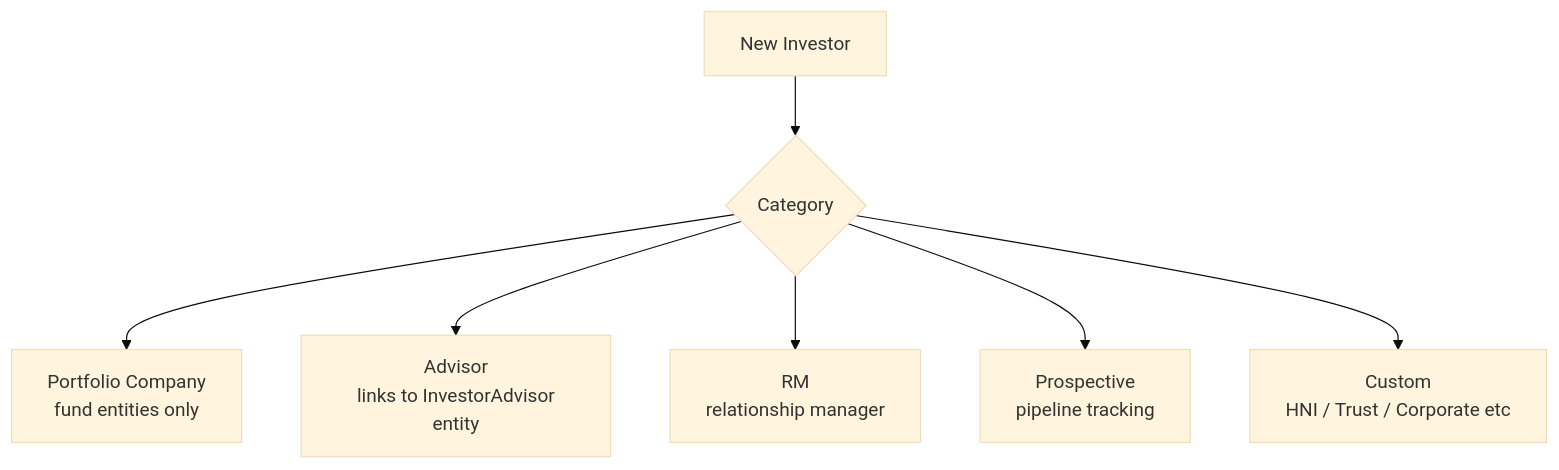
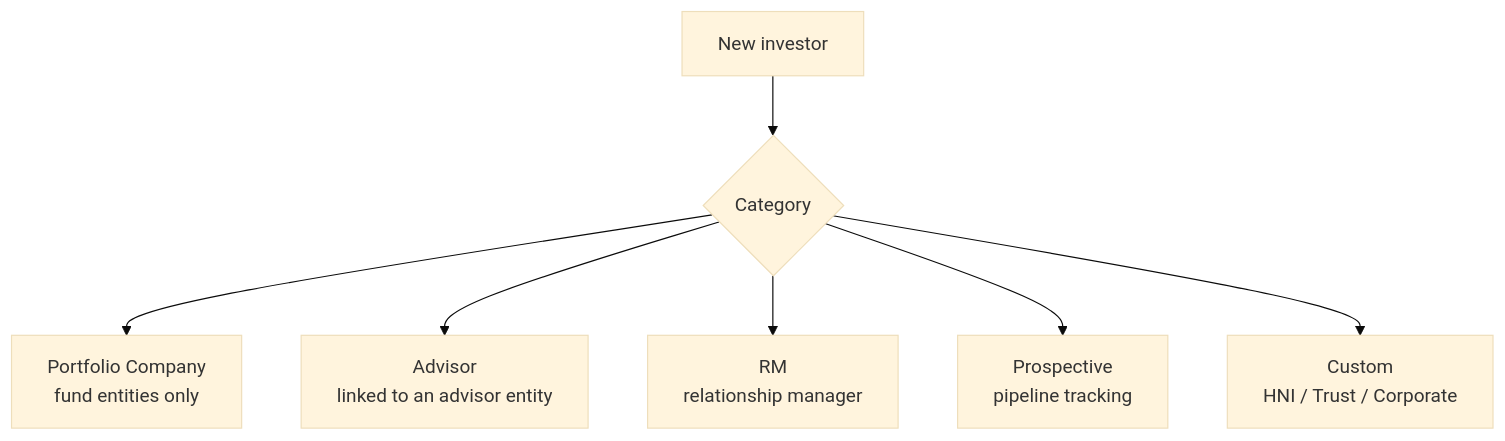
Before and after one commit to sampadadiwan/IRM_CompanyMain: the first of 3 diagrams in docs/user_guides/investors_user_guide.md, drawn with Mermaid (base theme). The commit also changed other lines of this file and 21 other files, not shown here.

````diff
--- a/docs/user_guides/investors_user_guide.md
+++ b/docs/user_guides/investors_user_guide.md
@@ -60,9 +54,9 @@
 ```mermaid
 graph TD
-    A[New Investor] --> B{Category}
-    B --> C[Portfolio Company\n fund entities only]
-    B --> D[Advisor\n links to InvestorAdvisor entity]
-    B --> E[RM\n relationship manager]
-    B --> F[Prospective\n pipeline tracking]
-    B --> G[Custom\n HNI / Trust / Corporate etc]
+    A[New investor] --> B{Category}
+    B --> C[Portfolio Company<br/>fund entities only]
+    B --> D[Advisor<br/>linked to an advisor entity]
+    B --> E[RM<br/>relationship manager]
+    B --> F[Prospective<br/>pipeline tracking]
+    B --> G[Custom<br/>HNI / Trust / Corporate]
 ```
````
